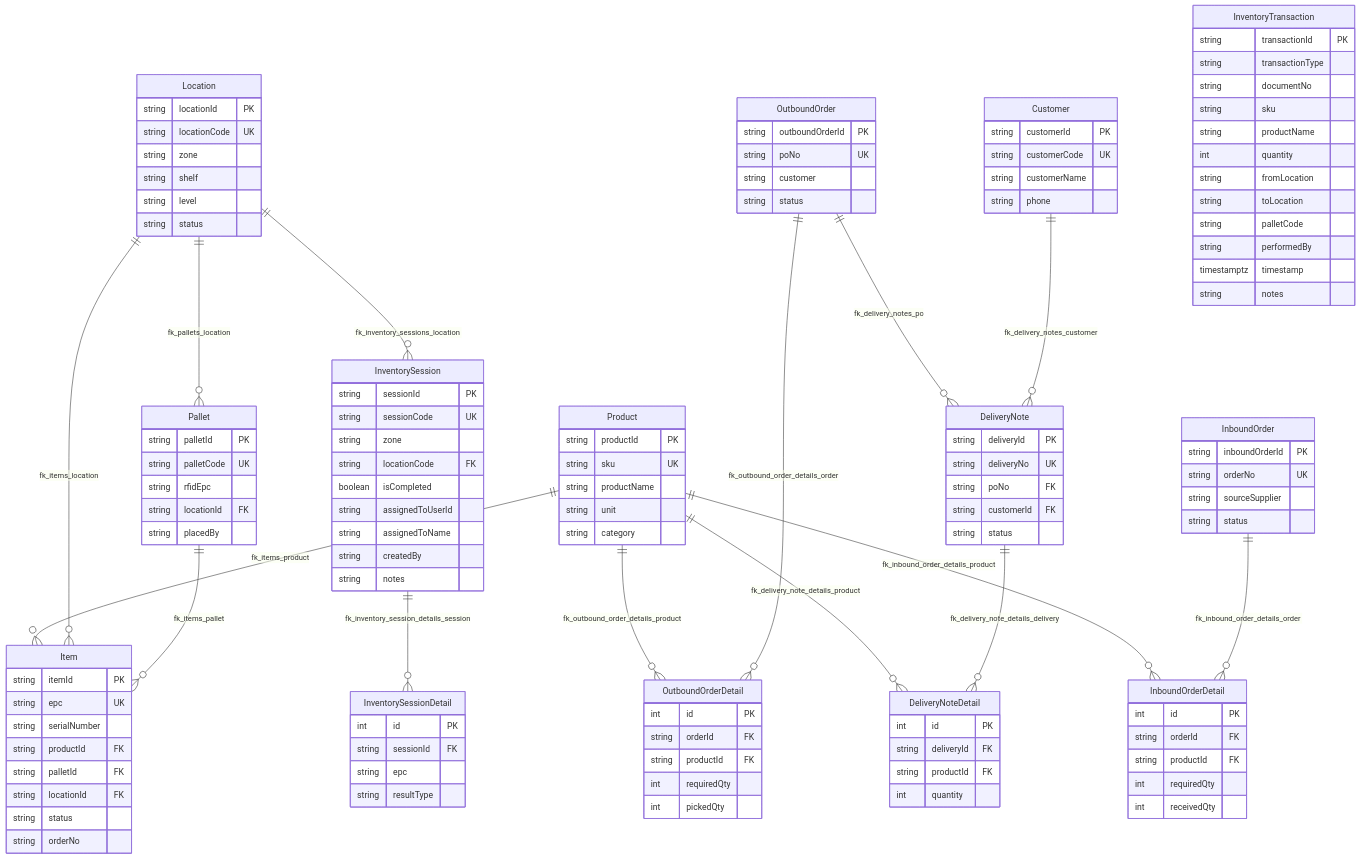
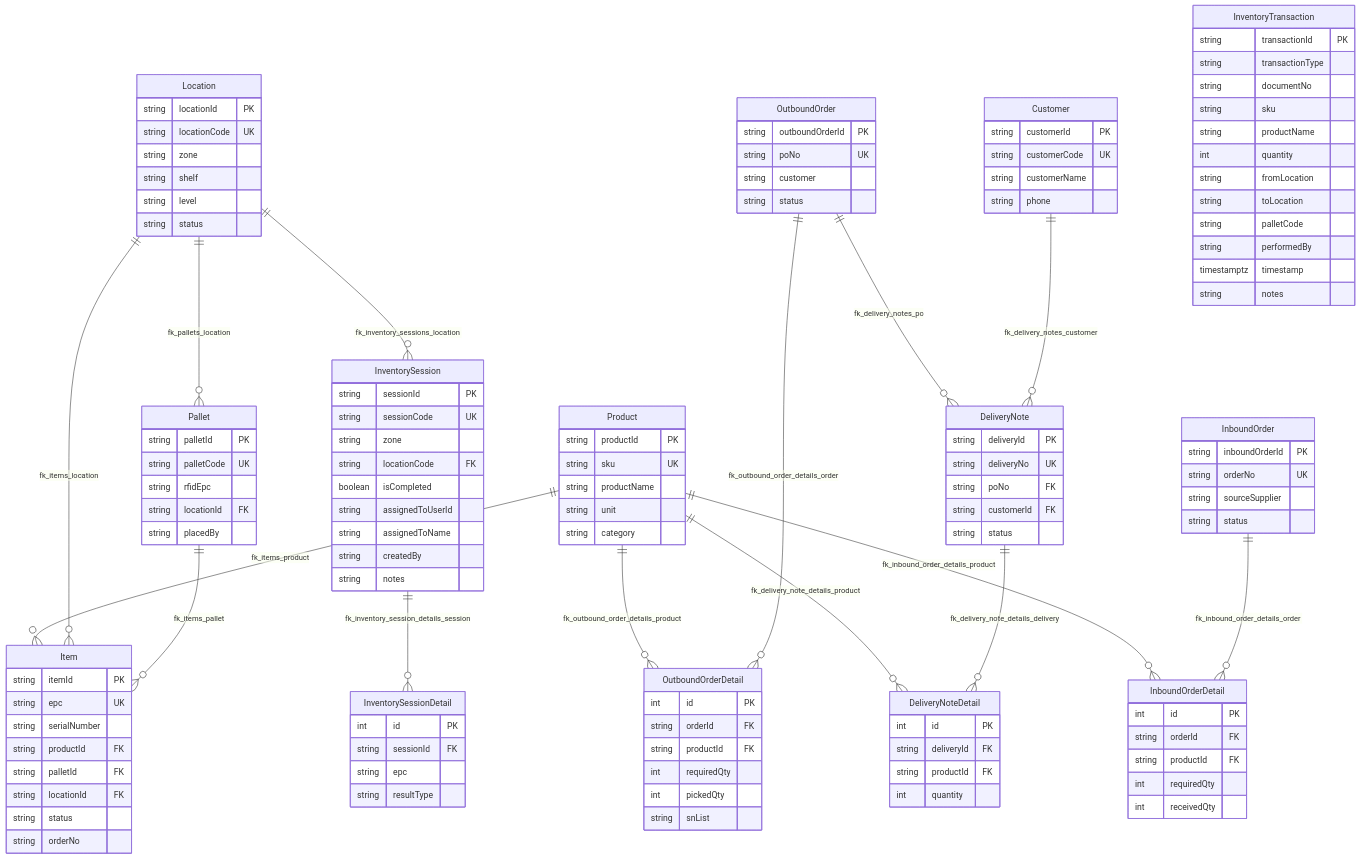
The second of 3 diagrams in CODE_GRAPH.md (mntdeptrai/rfidwarehouse), drawn with Mermaid before and after one commit. The commit also changed other lines of this file and 22 other files, not shown here.

```diff
--- a/CODE_GRAPH.md
+++ b/CODE_GRAPH.md
@@ -229,6 +229,7 @@
         string productId FK
         int requiredQty
         int pickedQty
+        string snList
     }
 
     Customer {
```
